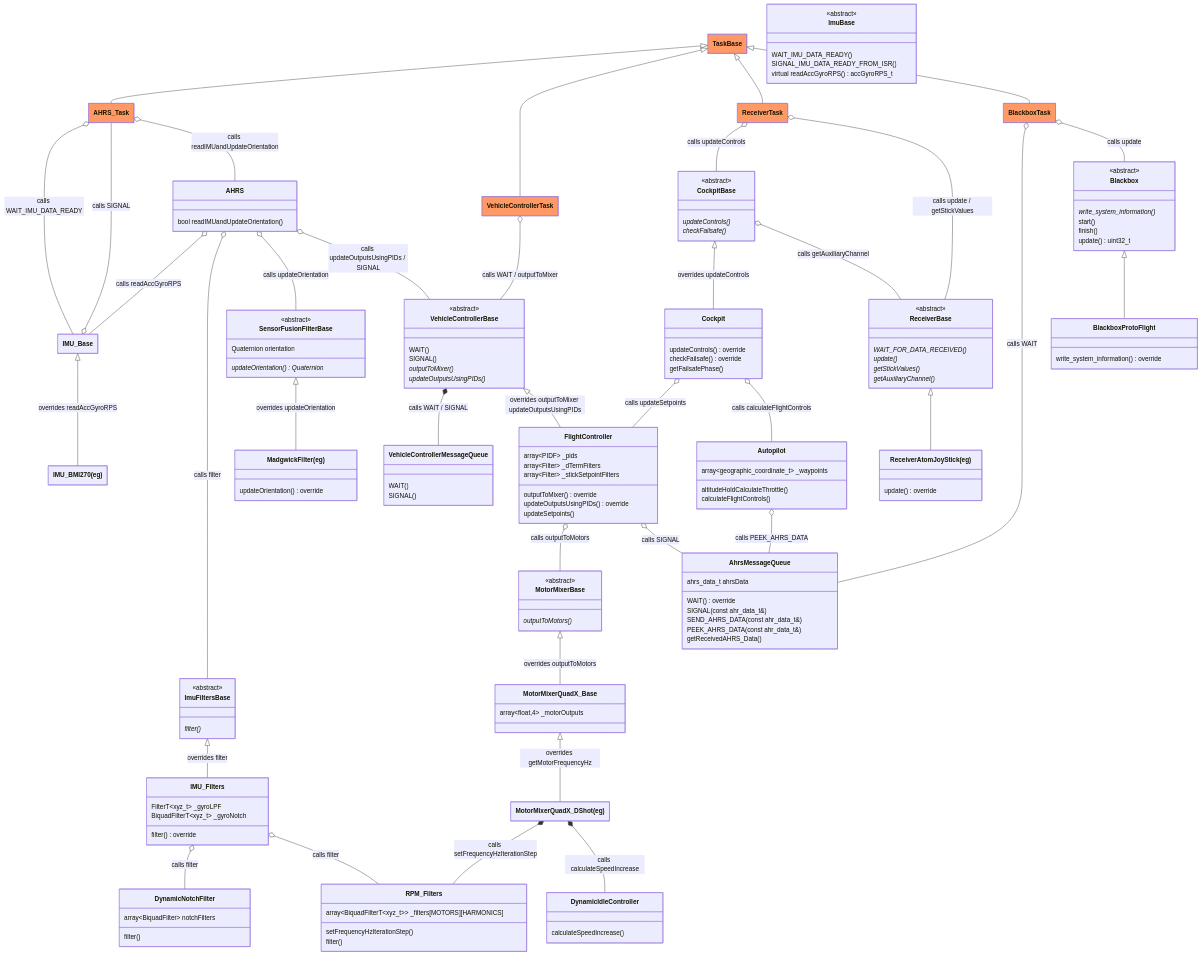
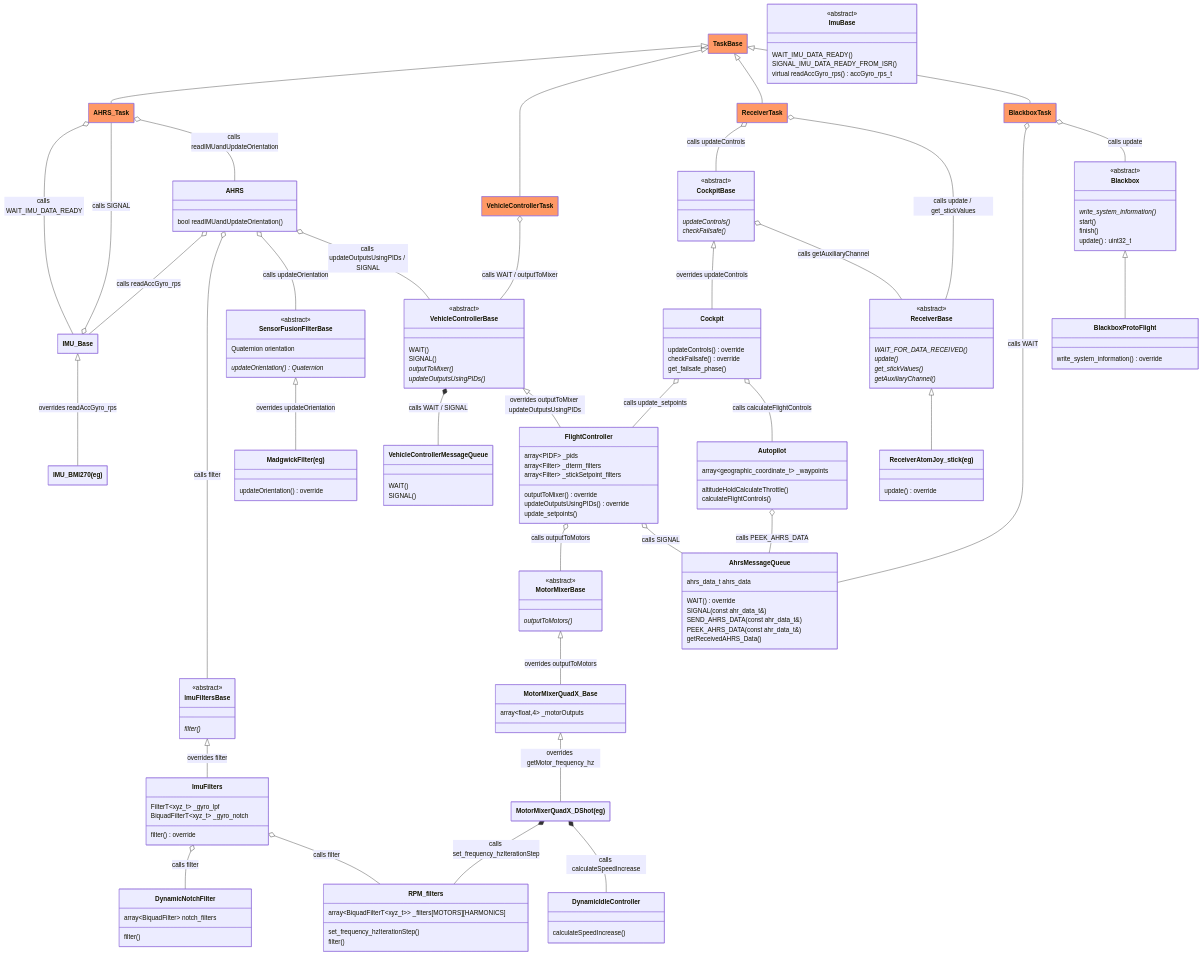
Before and after one commit to martinbudden/Protoflight: the diagram in documents/ClassDiagramV1.md, drawn with Mermaid. The commit also changed 275 other files, not shown here.

```diff
--- a/documents/ClassDiagramV1.md
+++ b/documents/ClassDiagramV1.md
@@ -23,11 +23,11 @@
         <<abstract>>
         WAIT_IMU_DATA_READY()
         SIGNAL_IMU_DATA_READY_FROM_ISR()
-        virtual readAccGyroRPS() accGyroRPS_t
+        virtual readAccGyro_rps() accGyro_rps_t
     }
-    link IMU_Base "https://github.com/martinbudden/Library-Sensors/blob/main/src/IMU_Base.h"
+    link IMU_Base "https://github.com/martinbudden/Library-Sensors/blob/main/src/imu_base.h"
 
-    IMU_Base <|-- IMU_BMI270 : overrides readAccGyroRPS
+    IMU_Base <|-- IMU_BMI270 : overrides readAccGyro_rps
     class IMU_BMI270["IMU_BMI270(eg)"]
     link IMU_BMI270 "https://github.com/martinbudden/Library-Sensors/blob/main/src/IMU_BMI270.h"
 
@@ -38,29 +38,29 @@
     link ImuFiltersBase "https://github.com/martinbudden/Library-StabilizedVehicle/blob/main/src/ImuFiltersBase.h"
 
     class DynamicNotchFilter {
-        array~BiquadFilter~ notchFilters
+        array~BiquadFilter~ notch_filters
         filter()
     }
-    link DynamicNotchFilter "https://github.com/martinbudden/protoflight/blob/main/lib/FlightController/src/DynamicNotchFilter.h"
+    link DynamicNotchFilter "https://github.com/martinbudden/protoflight/blob/main/lib/FlightController/src/dynamic_notch_filter.h"
 
-    class RPM_Filters {
+    class RPM_filters {
         array~BiquadFilterT~xyz_t~~ _filters[MOTORS][HARMONICS]
-        setFrequencyHzIterationStep()
+        set_frequency_hzIterationStep()
         filter()
     }
-    link RPM_Filters "https://github.com/martinbudden/protoflight/blob/main/lib/FlightController/src/RPM_Filters.h"
+    link RPM_filters "https://github.com/martinbudden/protoflight/blob/main/lib/FlightController/src/RPM_filters.h"
 
-    class IMU_Filters {
-        FilterT~xyz_t~  _gyroLPF
-        BiquadFilterT~xyz_t~ _gyroNotch
+    class ImuFilters {
+        FilterT~xyz_t~  _gyro_lpf
+        BiquadFilterT~xyz_t~ _gyro_notch
         filter() override
     }
-    link IMU_Filters "https://github.com/martinbudden/protoflight/blob/main/lib/FlightController/src/IMU_Filters.h"
-    IMU_Filters o-- DynamicNotchFilter : calls filter
-    %%DynamicNotchFilter --o IMU_Filters : calls filter
-    IMU_Filters o-- RPM_Filters : calls filter
-    ImuFiltersBase <|-- IMU_Filters : overrides filter
-    %%IMU_Filters o-- MotorMixerBase
+    link ImuFilters "https://github.com/martinbudden/protoflight/blob/main/lib/FlightController/src/imu_filters.h"
+    ImuFilters o-- DynamicNotchFilter : calls filter
+    %%DynamicNotchFilter --o ImuFilters : calls filter
+    ImuFilters o-- RPM_filters : calls filter
+    ImuFiltersBase <|-- ImuFilters : overrides filter
+    %%ImuFilters o-- MotorMixerBase
 
     class SensorFusionFilterBase {
         Quaternion orientation
@@ -79,7 +79,7 @@
         bool readIMUandUpdateOrientation()
     }
     link AHRS "https://github.com/martinbudden/Library-StabilizedVehicle/blob/main/src/ahrs.h"
-    AHRS o-- IMU_Base : calls readAccGyroRPS
+    AHRS o-- IMU_Base : calls readAccGyro_rps
     AHRS o-- ImuFiltersBase : calls filter
     AHRS o-- SensorFusionFilterBase : calls updateOrientation
     AHRS o-- VehicleControllerBase : calls updateOutputsUsingPIDs / SIGNAL
@@ -116,12 +116,12 @@
 
     class MotorMixerQuadX_DShot["MotorMixerQuadX_DShot(eg)"]
     link MotorMixerQuadX_DShot "https://github.com/martinbudden/protoflight/blob/main/lib/MotorMixers/src/MotorMixerQuadX_DShot.h"
-    MotorMixerQuadX_DShot *-- RPM_Filters : calls setFrequencyHzIterationStep
-    %%RPM_Filters --* MotorMixerQuadX_DShot : calls setFrequencyHzIterationStep
+    MotorMixerQuadX_DShot *-- RPM_filters : calls set_frequency_hzIterationStep
+    %%RPM_filters --* MotorMixerQuadX_DShot : calls set_frequency_hzIterationStep
     MotorMixerQuadX_DShot *-- DynamicIdleController : calls calculateSpeedIncrease
 
     MotorMixerBase <|-- MotorMixerQuadX_Base : overrides outputToMotors
-    MotorMixerQuadX_Base <|-- MotorMixerQuadX_DShot : overrides getMotorFrequencyHz
+    MotorMixerQuadX_Base <|-- MotorMixerQuadX_DShot : overrides getMotor_frequency_hz
     class MotorMixerQuadX_Base {
         array~float,4~ _motorOutputs
     }
@@ -129,13 +129,13 @@
 
     class FlightController {
         array~PIDF~ _pids
-        array~Filter~ _dTermFilters
-        array~Filter~ _stickSetpointFilters
+        array~Filter~ _dterm_filters
+        array~Filter~ _stickSetpoint_filters
         outputToMixer() override
         updateOutputsUsingPIDs() override
-        updateSetpoints()
+        update_setpoints()
     }
-    link FlightController "https://github.com/martinbudden/protoflight/blob/main/lib/FlightController/src/FlightController.h"
+    link FlightController "https://github.com/martinbudden/protoflight/blob/main/lib/FlightController/src/flight_controller.h"
     VehicleControllerBase *-- VehicleControllerMessageQueue : calls WAIT / SIGNAL
     VehicleControllerBase <|-- FlightController : overrides outputToMixer updateOutputsUsingPIDs
     FlightController o-- MotorMixerBase : calls outputToMotors
@@ -152,10 +152,10 @@
     class Cockpit {
         updateControls() override
         checkFailsafe() override
-        getFailsafePhase()
+        get_failsafe_phase()
     }
-    link Cockpit "https://github.com/martinbudden/protoflight/blob/main/lib/Helm/src/Cockpit.h"
-    Cockpit o-- FlightController : calls updateSetpoints
+    link Cockpit "https://github.com/martinbudden/protoflight/blob/main/lib/Helm/src/cockpit.h"
+    Cockpit o-- FlightController : calls update_setpoints
     Cockpit o-- Autopilot : calls calculateFlightControls
 
     class ReceiverTask:::taskClass {
@@ -163,7 +163,7 @@
     link ReceiverTask "https://github.com/martinbudden/Library-Receiver/blob/main/src/ReceiverTask.h"
 
     ReceiverTask o-- CockpitBase : calls updateControls
-    ReceiverTask o-- ReceiverBase : calls update / getStickValues
+    ReceiverTask o-- ReceiverBase : calls update / get_stickValues
     %%CockpitBase --o ReceiverTask : calls updateControls
 
     class Autopilot {
@@ -171,11 +171,11 @@
         altitudeHoldCalculateThrottle()
         calculateFlightControls()
     }
-    link Autopilot "https://github.com/martinbudden/protoflight/blob/main/lib/Helm/src/Autopilot.h"
+    link Autopilot "https://github.com/martinbudden/protoflight/blob/main/lib/Helm/src/autopilot.h"
     Autopilot o-- AhrsMessageQueue : calls PEEK_AHRS_DATA
 
     class AhrsMessageQueue {
-        ahrs_data_t ahrsData
+        ahrs_data_t ahrs_data
         WAIT() override
         SIGNAL(const ahr_data_t&)
         SEND_AHRS_DATA(const ahr_data_t&)
@@ -190,16 +190,16 @@
         <<abstract>>
         WAIT_FOR_DATA_RECEIVED() *
         update() *
-        getStickValues() *
+        get_stickValues() *
         getAuxiliaryChannel() *
     }
     link ReceiverBase "https://github.com/martinbudden/Library-Receiver/blob/main/src/ReceiverBase.h"
-    class ReceiverAtomJoyStick {
+    class ReceiverAtomJoy_stick {
         update() override
     }
-    ReceiverBase <|-- ReceiverAtomJoyStick
-    class ReceiverAtomJoyStick["ReceiverAtomJoyStick(eg)"]
-    link ReceiverAtomJoyStick "https://github.com/martinbudden/Library-Receiver/blob/main/src/ReceiverAtomJoyStick.h"
+    ReceiverBase <|-- ReceiverAtomJoy_stick
+    class ReceiverAtomJoy_stick["ReceiverAtomJoy_stick(eg)"]
+    link ReceiverAtomJoy_stick "https://github.com/martinbudden/Library-Receiver/blob/main/src/ReceiverAtomJoy_stick.h"
 
     class BlackboxTask:::taskClass {
     }
```
